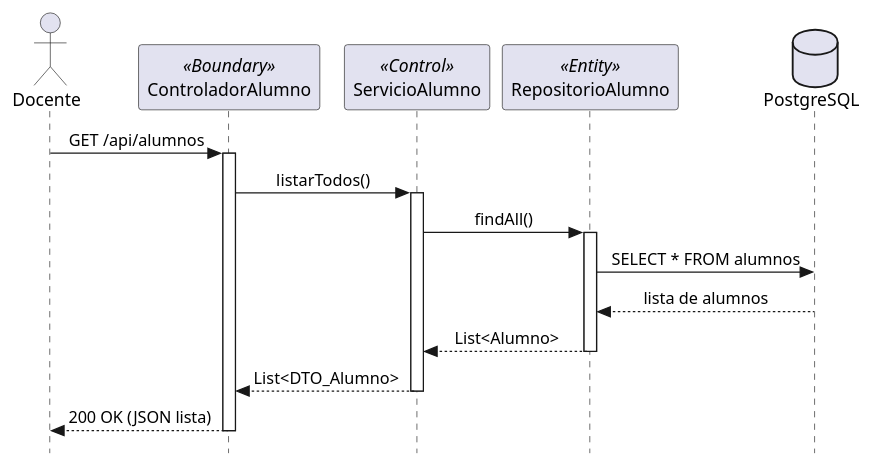
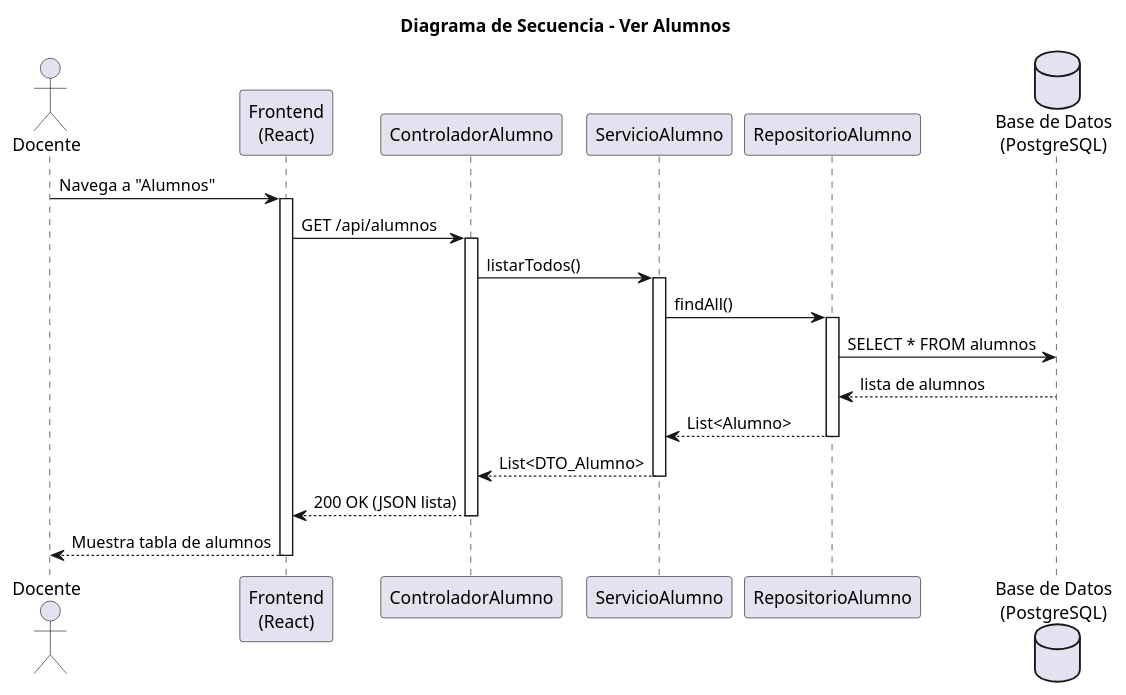
The diagram in RUP/02-diseno/casos-uso/CU-23-verAlumnos/diseno-secuencia-CU-23-verAlumnos.puml (liamanderson873/25-26-idsw2-sdVC), drawn with PlantUML before and after one commit. The commit also changed 133 other files, not shown here.

First line of the commit message:
RUP: completar diagramas de análisis y diseño para los 41 casos de uso

```diff
--- a/RUP/02-diseno/casos-uso/CU-23-verAlumnos/diseno-secuencia-CU-23-verAlumnos.puml
+++ b/RUP/02-diseno/casos-uso/CU-23-verAlumnos/diseno-secuencia-CU-23-verAlumnos.puml
@@ -1,30 +1,36 @@
-@startuml secuencia-cu23-ver-alumno
-skinparam style strictuml
-skinparam sequenceMessageAlign center
+@startuml secuencia-cu23-ver-alumnos
+title Diagrama de Secuencia - Ver Alumnos
 
-actor Docente
-participant "ControladorAlumno" as Boundary <<Boundary>>
-participant "ServicioAlumno" as Control <<Control>>
-participant "RepositorioAlumno" as RepoAlumno <<Entity>>
-database "PostgreSQL" as DB
+actor "Docente" as Actor
+participant "Frontend\n(React)" as FE
+participant "ControladorAlumno" as Controller
+participant "ServicioAlumno" as Service
+participant "RepositorioAlumno" as RepoAlumno
+database "Base de Datos\n(PostgreSQL)" as DB
 
-Docente -> Boundary : GET /api/alumnos
-activate Boundary
+Actor -> FE : Navega a "Alumnos"
+activate FE
 
-Boundary -> Control : listarTodos()
-activate Control
+FE -> Controller : GET /api/alumnos
+activate Controller
 
-Control -> RepoAlumno : findAll()
+Controller -> Service : listarTodos()
+activate Service
+
+Service -> RepoAlumno : findAll()
 activate RepoAlumno
 RepoAlumno -> DB : SELECT * FROM alumnos
 DB --> RepoAlumno : lista de alumnos
-RepoAlumno --> Control : List<Alumno>
+RepoAlumno --> Service : List<Alumno>
 deactivate RepoAlumno
 
-Control --> Boundary : List<DTO_Alumno>
-deactivate Control
+Service --> Controller : List<DTO_Alumno>
+deactivate Service
 
-Boundary --> Docente : 200 OK (JSON lista)
-deactivate Boundary
+Controller --> FE : 200 OK (JSON lista)
+deactivate Controller
+
+FE --> Actor : Muestra tabla de alumnos
+deactivate FE
 
 @enduml
```
